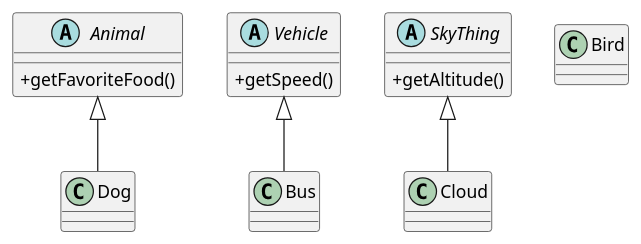
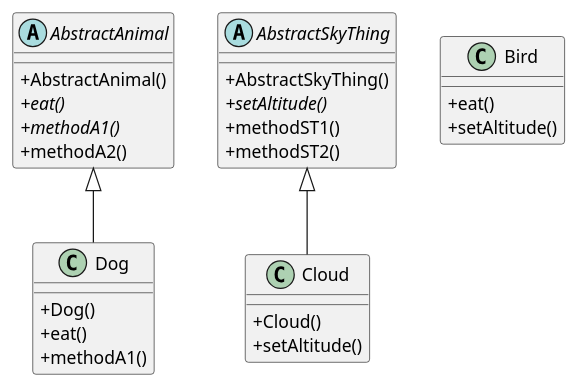
The diagram in uml/Motivation.puml (dtuinstr/Week6.1), drawn with PlantUML before and after one commit. The commit also changed 5 other files, not shown here.

```diff
--- a/uml/Motivation.puml
+++ b/uml/Motivation.puml
@@ -1,30 +1,39 @@
 @startuml
 'https://plantuml.com/class-diagram
 
 'Make public/private/etc show up as character rather than colored circle.
 skinparam classAttributeIconSize 0
 
-abstract class Animal {
-    +getFavoriteFood()
+abstract class AbstractAnimal {
+    + AbstractAnimal()
+    + {abstract} eat()
+    + {abstract} methodA1()
+    + methodA2()
 }
 
-abstract class Vehicle {
-    +getSpeed()
+abstract class AbstractSkyThing {
+    + AbstractSkyThing()
+    + {abstract} setAltitude()
+    + methodST1()
+    + methodST2()
 }
 
-abstract class SkyThing {
-    +getAltitude()
+class Dog {
+    +Dog()
+    +eat()
+    +methodA1()
+}
+AbstractAnimal <|-- Dog
+
+class Cloud {
+    + Cloud()
+    + setAltitude()
+}
+AbstractSkyThing <|-- Cloud
+
+class Bird {
+    +eat()
+    +setAltitude()
 }
 
-class Dog
-Animal <|-- Dog
-
-class Bus
-Vehicle <|-- Bus
-
-class Cloud
-SkyThing <|-- Cloud
-
-class Bird
-
 @enduml
```
